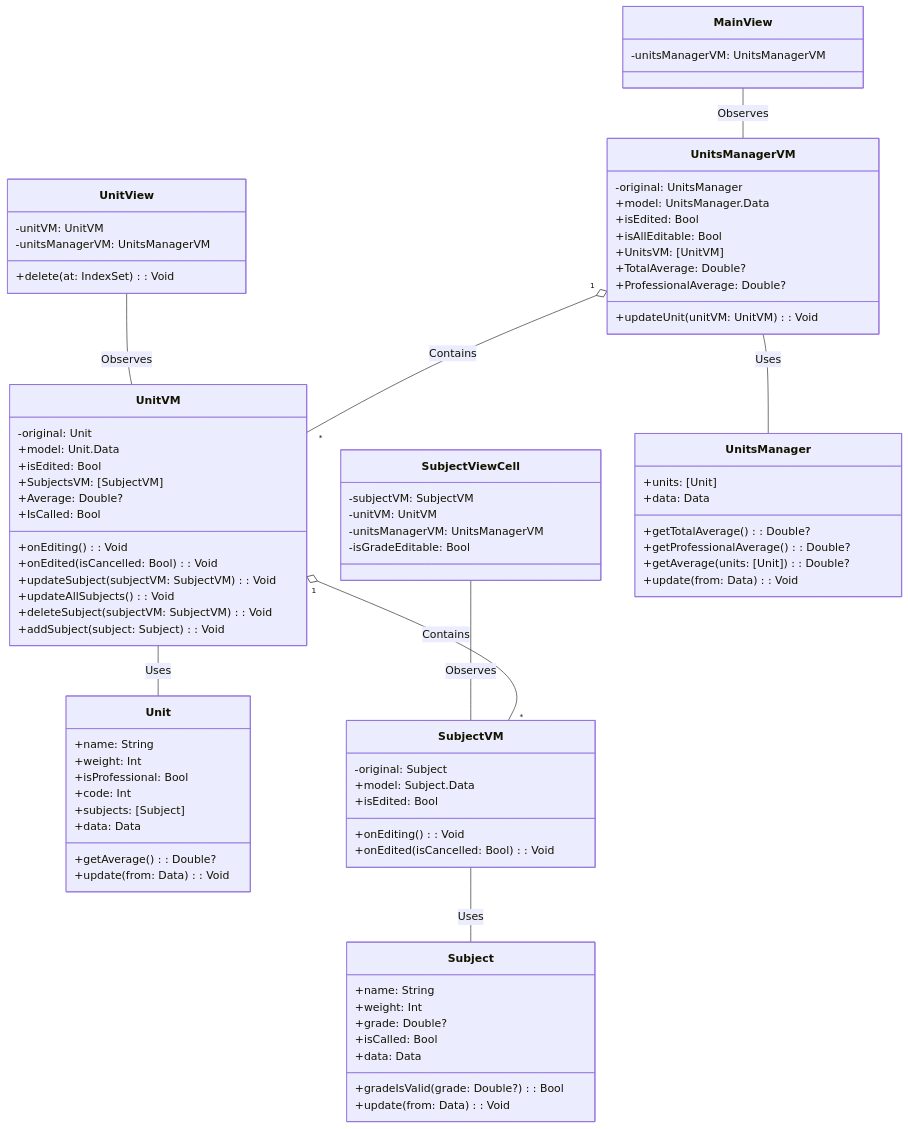
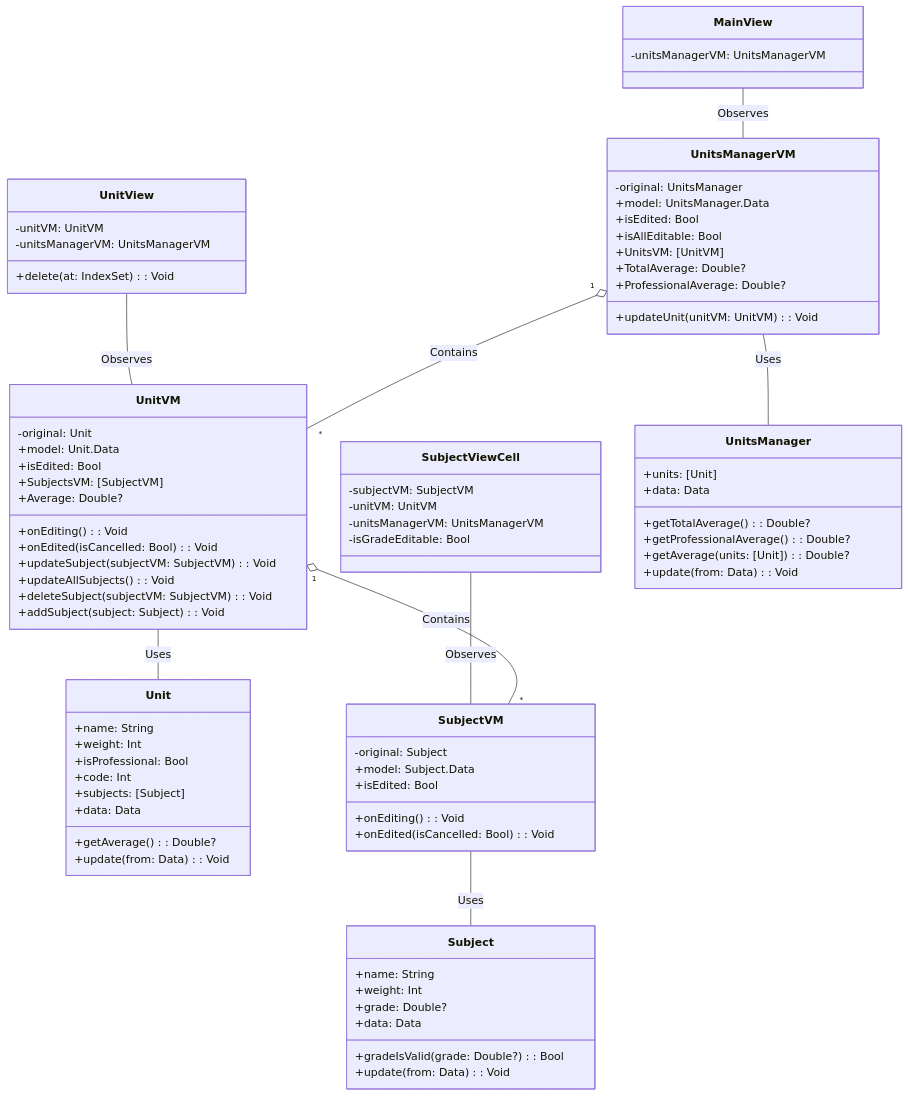
The first of 2 diagrams in README.md (draialexis/Graduator), drawn with Mermaid before and after one commit. The commit also changed other lines of this file and 19 other files, not shown here.

```diff
--- a/README.md
+++ b/README.md
@@ -55,7 +72,6 @@
         +deleteSubject(subjectVM: SubjectVM): Void
         +addSubject(subject: Subject): Void
         +Average: Double?
-        +IsCalled: Bool
     }
 
     class UnitView {
@@ -68,7 +84,6 @@
         +name: String
         +weight: Int
         +grade: Double?
-        +isCalled: Bool
         +gradeIsValid(grade: Double?): Bool
         +data: Data
         +update(from: Data): Void
```
